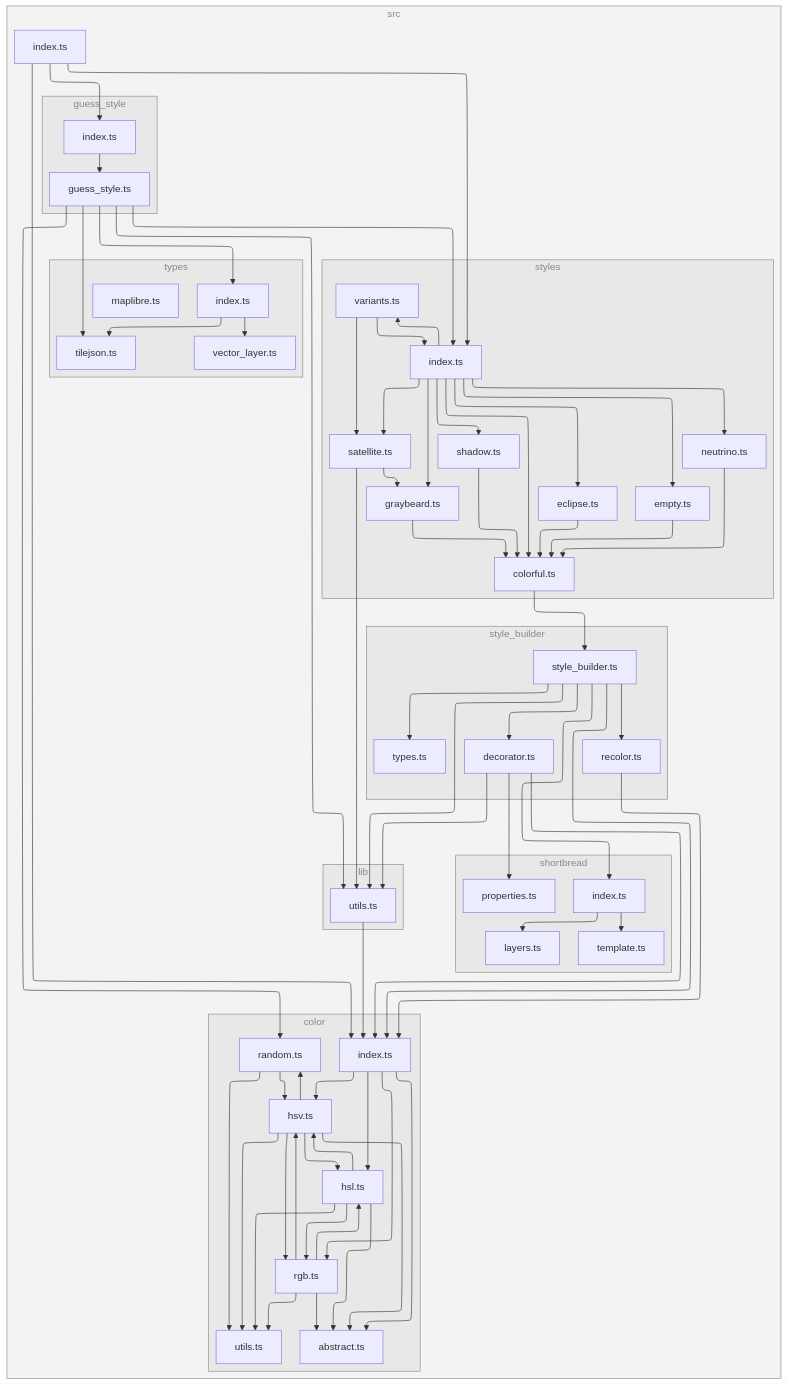
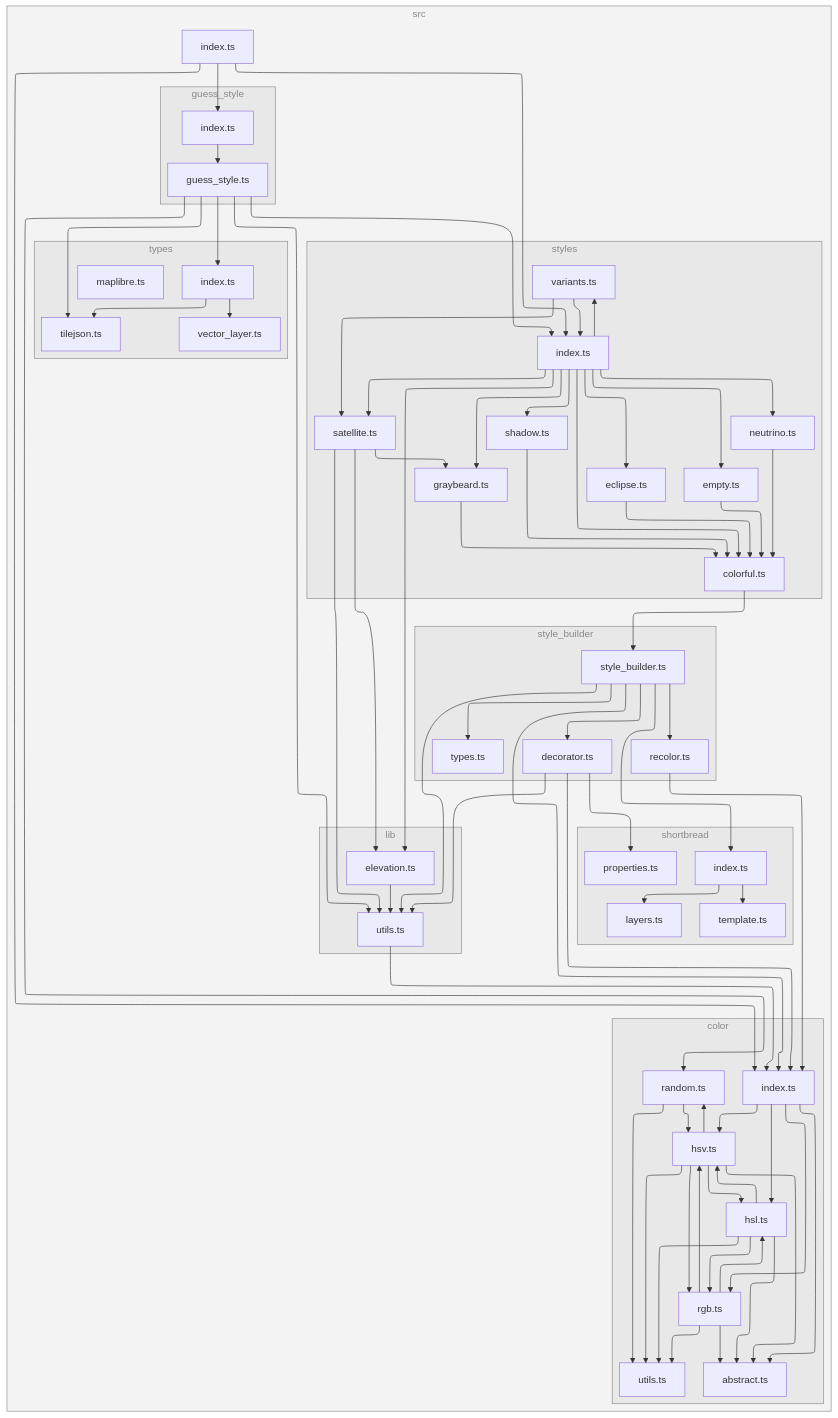
The diagram in README.md (versatiles-org/versatiles-style), drawn with Mermaid before and after one commit. The commit also changed 10 other files, not shown here.

````diff
--- a/README.md
+++ b/README.md
@@ -163,41 +163,42 @@
 end
 subgraph 9["guess_style"]
 A["guess_style.ts"]
-11["index.ts"]
+12["index.ts"]
 end
 subgraph B["lib"]
 C["utils.ts"]
+F["elevation.ts"]
 end
 subgraph D["styles"]
 E["index.ts"]
-F["colorful.ts"]
-Q["eclipse.ts"]
-R["empty.ts"]
-S["graybeard.ts"]
-T["neutrino.ts"]
-U["satellite.ts"]
-V["shadow.ts"]
-W["variants.ts"]
+G["colorful.ts"]
+R["eclipse.ts"]
+S["empty.ts"]
+T["graybeard.ts"]
+U["neutrino.ts"]
+V["satellite.ts"]
+W["shadow.ts"]
+X["variants.ts"]
 end
-subgraph G["style_builder"]
-H["style_builder.ts"]
-M["decorator.ts"]
-O["recolor.ts"]
-P["types.ts"]
+subgraph H["style_builder"]
+I["style_builder.ts"]
+N["decorator.ts"]
+P["recolor.ts"]
+Q["types.ts"]
 end
-subgraph I["shortbread"]
-J["index.ts"]
-K["layers.ts"]
-L["template.ts"]
-N["properties.ts"]
+subgraph J["shortbread"]
+K["index.ts"]
+L["layers.ts"]
+M["template.ts"]
+O["properties.ts"]
 end
-subgraph X["types"]
-Y["index.ts"]
-Z["tilejson.ts"]
-10["vector_layer.ts"]
-13["maplibre.ts"]
+subgraph Y["types"]
+Z["index.ts"]
+10["tilejson.ts"]
+11["vector_layer.ts"]
+14["maplibre.ts"]
 end
-12["index.ts"]
+13["index.ts"]
 end
 3-->2
 3-->4
@@ -221,46 +222,49 @@
 A-->5
 A-->C
 A-->E
-A-->Y
 A-->Z
+A-->10
 C-->8
 E-->F
-E-->Q
+E-->G
 E-->R
 E-->S
 E-->T
 E-->U
 E-->V
 E-->W
-F-->H
-H-->8
-H-->C
-H-->J
-H-->M
-H-->O
-H-->P
-J-->K
-J-->L
-M-->8
-M-->C
-M-->N
-O-->8
-Q-->F
-R-->F
-S-->F
-T-->F
-U-->C
-U-->S
+E-->X
+F-->C
+G-->I
+I-->8
+I-->C
+I-->K
+I-->N
+I-->P
+I-->Q
+K-->L
+K-->M
+N-->8
+N-->C
+N-->O
+P-->8
+R-->G
+S-->G
+T-->G
+U-->G
 V-->F
-W-->E
-W-->U
-Y-->Z
-Y-->10
-11-->A
-12-->8
-12-->11
-12-->E
+V-->C
+V-->T
+W-->G
+X-->E
+X-->V
+Z-->10
+Z-->11
+12-->A
+13-->8
+13-->12
+13-->E
 
-class 0,1,9,B,D,G,I,X subgraphs;
+class 0,1,9,B,D,H,J,Y subgraphs;
 classDef subgraphs fill-opacity:0.1, fill:#888, color:#888, stroke:#888;
 ```
````
